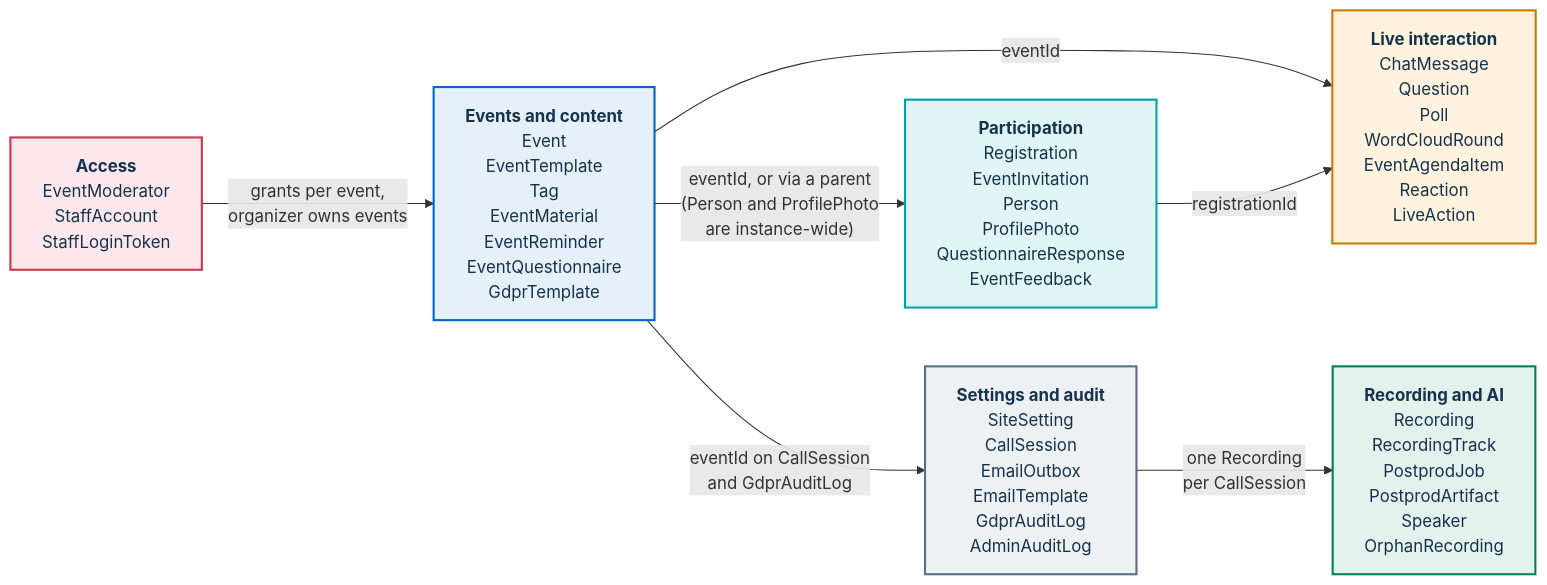
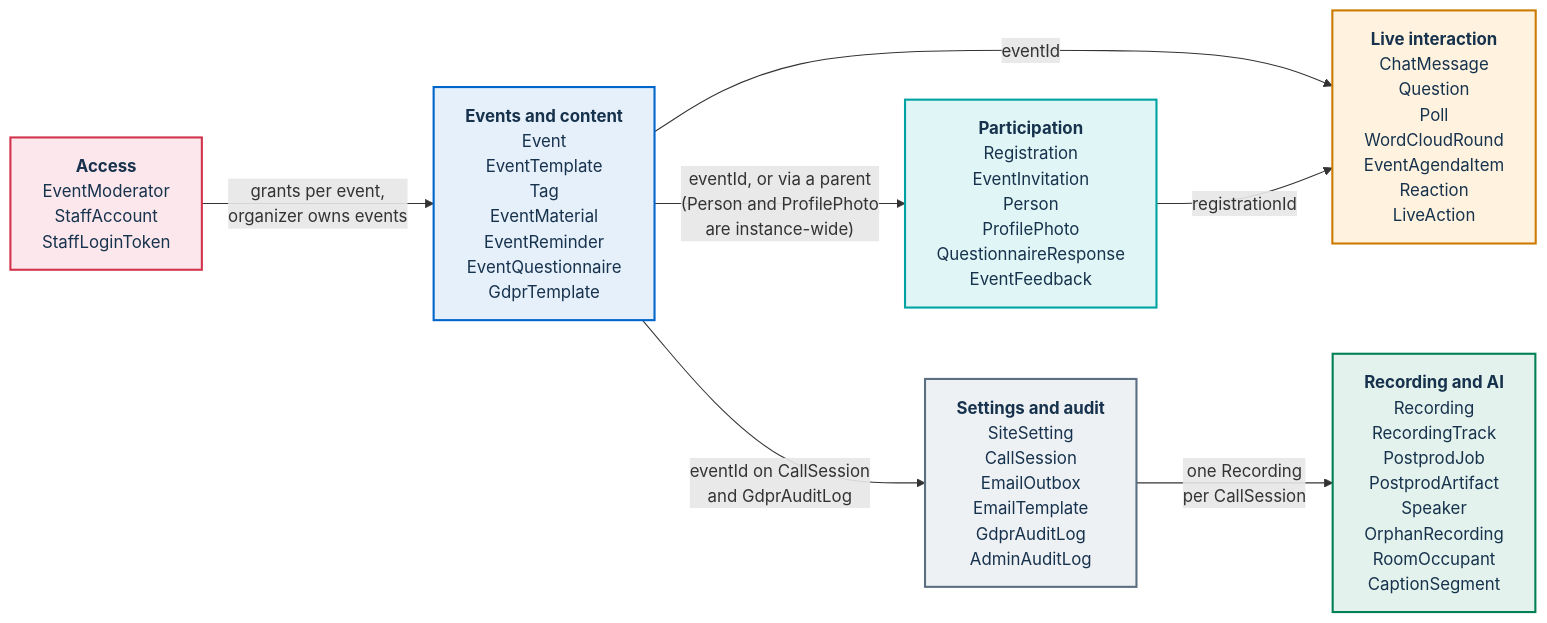
One commit to italia/pa-webinar changed the first of 4 diagrams in docs/architecture/data-model.md. Above: the diagram before and after it, drawn with Mermaid. The commit also changed other lines of this file and 31 other files, not shown here.

````diff
--- a/docs/architecture/data-model.md
+++ b/docs/architecture/data-model.md
@@ -127,23 +127,23 @@
 ```mermaid
 flowchart LR
   classDef events fill:#E6F0FA,stroke:#0066CC,stroke-width:2px,color:#17324D
   classDef participation fill:#E0F5F5,stroke:#00A3A3,stroke-width:2px,color:#17324D
   classDef live fill:#FFF3E0,stroke:#CC7A00,stroke-width:2px,color:#17324D
   classDef access fill:#FCE8EC,stroke:#D1344C,stroke-width:2px,color:#17324D
   classDef recording fill:#E3F2EC,stroke:#008055,stroke-width:2px,color:#17324D
   classDef settings fill:#EEF1F4,stroke:#5C6F82,stroke-width:2px,color:#17324D
 
   AC["<b>Access</b><br/>EventModerator<br/>StaffAccount<br/>StaffLoginToken"]:::access
   EV["<b>Events and content</b><br/>Event<br/>EventTemplate<br/>Tag<br/>EventMaterial<br/>EventReminder<br/>EventQuestionnaire<br/>GdprTemplate"]:::events
   PA["<b>Participation</b><br/>Registration<br/>EventInvitation<br/>Person<br/>ProfilePhoto<br/>QuestionnaireResponse<br/>EventFeedback"]:::participation
   LI["<b>Live interaction</b><br/>ChatMessage<br/>Question<br/>Poll<br/>WordCloudRound<br/>EventAgendaItem<br/>Reaction<br/>LiveAction"]:::live
   SA["<b>Settings and audit</b><br/>SiteSetting<br/>CallSession<br/>EmailOutbox<br/>EmailTemplate<br/>GdprAuditLog<br/>AdminAuditLog"]:::settings
-  RA["<b>Recording and AI</b><br/>Recording<br/>RecordingTrack<br/>PostprodJob<br/>PostprodArtifact<br/>Speaker<br/>OrphanRecording"]:::recording
+  RA["<b>Recording and AI</b><br/>Recording<br/>RecordingTrack<br/>PostprodJob<br/>PostprodArtifact<br/>Speaker<br/>OrphanRecording<br/>RoomOccupant<br/>CaptionSegment"]:::recording
 
   AC -->|"grants per event,<br/>organizer owns events"| EV
   EV -->|"eventId, or via a parent<br/>(Person and ProfilePhoto<br/>are instance-wide)"| PA
   EV -->|"eventId"| LI
   PA -->|"registrationId"| LI
   EV -->|"eventId on CallSession<br/>and GdprAuditLog"| SA
   SA -->|"one Recording<br/>per CallSession"| RA
 ```
````
